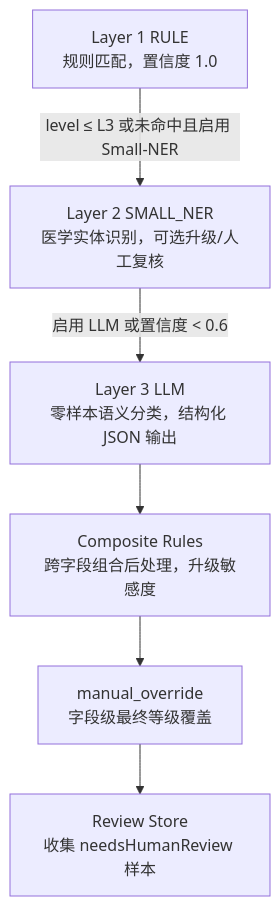
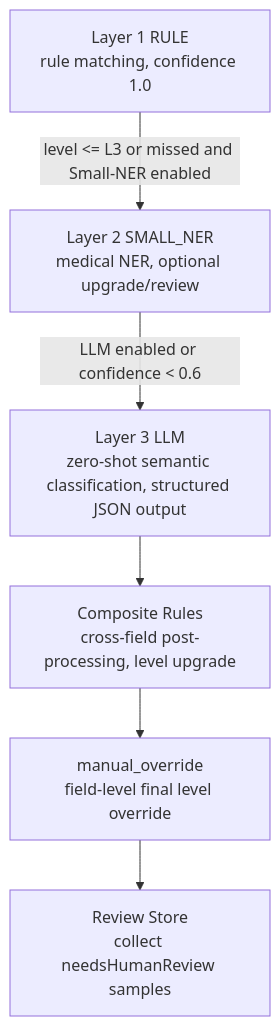
Before and after one commit to fengzhizi319/privacy-local-agent: the first of 6 diagrams in docs/classification/design.md, drawn with Mermaid. The commit also changed other lines of this file, not shown here.

Commit message:
文档docs/classification/design.md增加工业化评分部分

````diff
--- a/docs/classification/design.md
+++ b/docs/classification/design.md
@@ -34,8 +34,8 @@
 ```mermaid
 graph TD
-    A[Layer 1 RULE<br/>规则匹配，置信度 1.0] -->|level ≤ L3 或未命中且启用 Small-NER| B[Layer 2 SMALL_NER<br/>医学实体识别，可选升级/人工复核]
-    B -->|启用 LLM 或置信度 < 0.6| C[Layer 3 LLM<br/>零样本语义分类，结构化 JSON 输出]
-    C --> D[Composite Rules<br/>跨字段组合后处理，升级敏感度]
-    D --> E[manual_override<br/>字段级最终等级覆盖]
-    E --> F[Review Store<br/>收集 needsHumanReview 样本]
+    A[Layer 1 RULE<br/>rule matching, confidence 1.0] -->|level <= L3 or missed and Small-NER enabled| B[Layer 2 SMALL_NER<br/>medical NER, optional upgrade/review]
+    B -->|LLM enabled or confidence < 0.6| C[Layer 3 LLM<br/>zero-shot semantic classification, structured JSON output]
+    C --> D[Composite Rules<br/>cross-field post-processing, level upgrade]
+    D --> E[manual_override<br/>field-level final level override]
+    E --> F[Review Store<br/>collect needsHumanReview samples]
 ```
````
